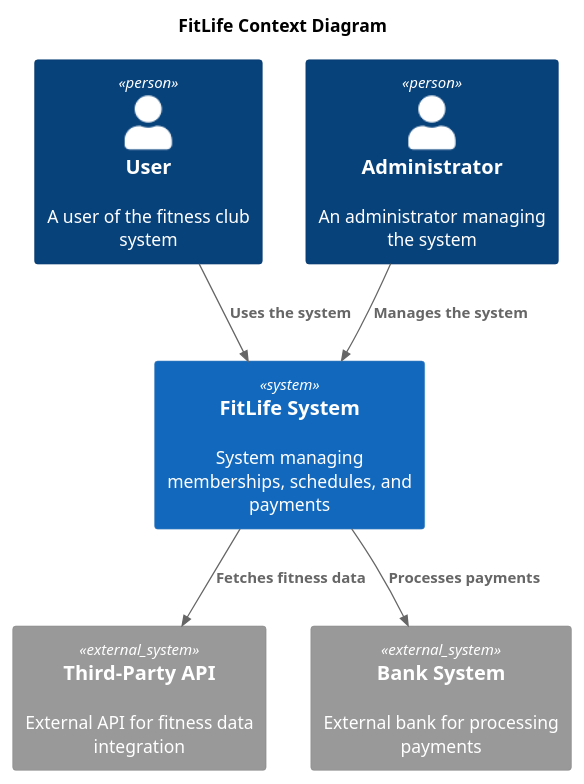
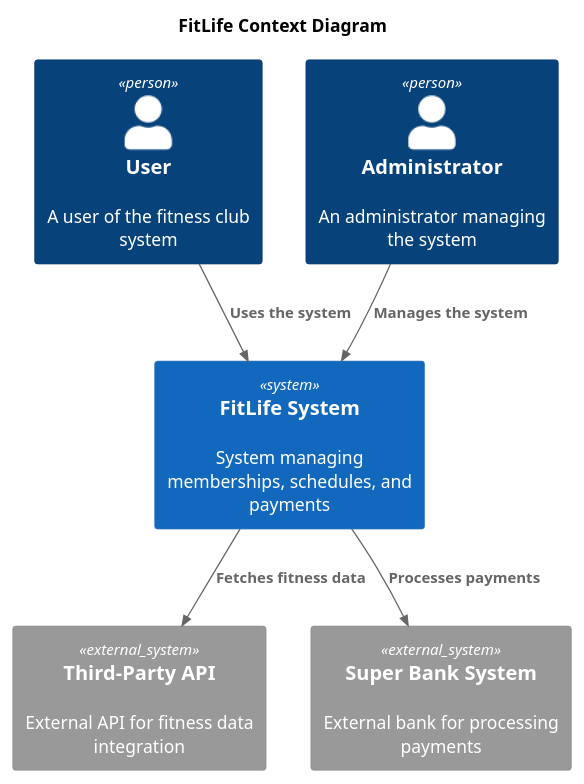
The diagram in diagrams/context/FitLife_Context.puml (olegkudrin/c4-demo), drawn with PlantUML before and after one commit.

Commit message:
Сборка 4

```diff
--- a/diagrams/context/FitLife_Context.puml
+++ b/diagrams/context/FitLife_Context.puml
@@ -1,20 +1,20 @@
 @startuml FitLife_Context
 title FitLife Context Diagram
 
 top to bottom direction
 
 !include <C4/C4_Context>
 
 Person(user, "User", "A user of the fitness club system")
 Person(admin, "Administrator", "An administrator managing the system")
 System(FitLifeSystem, "FitLife System", "System managing memberships, schedules, and payments")
 
 System_Ext(api, "Third-Party API", "External API for fitness data integration")
-System_Ext(bank, "Bank System", "External bank for processing payments")
+System_Ext(bank, "Super Bank System", "External bank for processing payments")
 
 Rel(user, FitLifeSystem, "Uses the system")
 Rel(admin, FitLifeSystem, "Manages the system")
 Rel(FitLifeSystem, api, "Fetches fitness data")
 Rel(FitLifeSystem, bank, "Processes payments")
 
 @enduml
```
